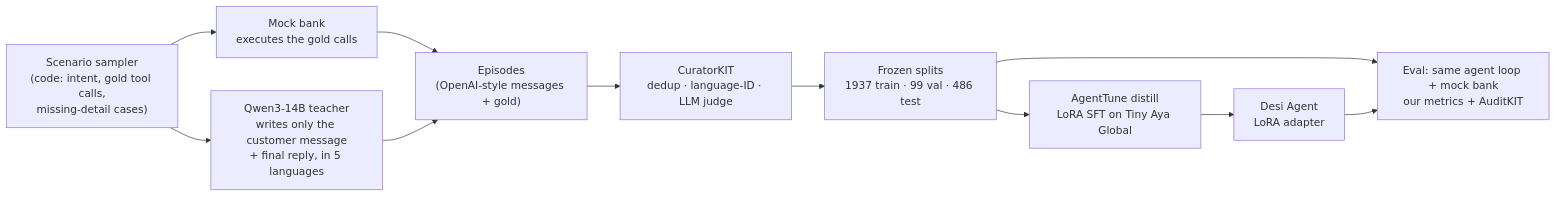
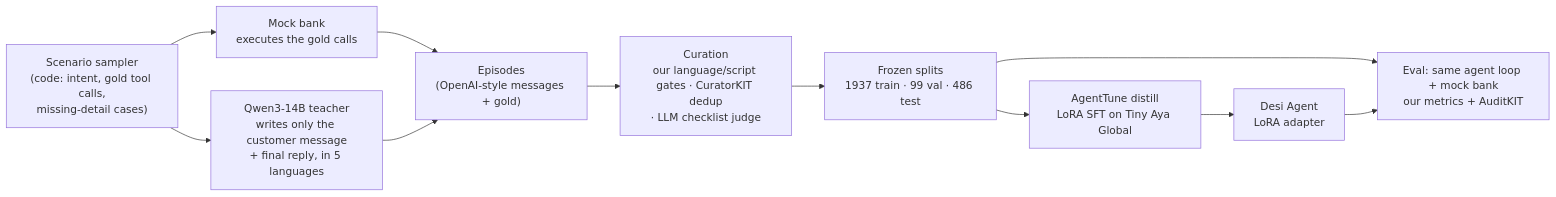
The diagram in README.md (CyberRik/desi-agent), drawn with Mermaid before and after one commit. The commit also changed other lines of this file, not shown here.

Commit message:
[R] README: curation attribution, full split reproduce steps, OOD + perturbed-bank results (#77)

````diff
--- a/README.md
+++ b/README.md
@@ -69,13 +69,13 @@
 ```mermaid
 flowchart LR
     S["Scenario sampler<br/>(code: intent, gold tool calls,<br/>missing-detail cases)"] --> B["Mock bank<br/>executes the gold calls"]
     S --> T["Qwen3-14B teacher<br/>writes only the customer message<br/>+ final reply, in 5 languages"]
     B --> E["Episodes<br/>(OpenAI-style messages + gold)"]
     T --> E
-    E --> C["CuratorKIT<br/>dedup · language-ID · LLM judge"]
+    E --> C["Curation<br/>our language/script gates · CuratorKIT dedup<br/>· LLM checklist judge"]
     C --> SP["Frozen splits<br/>1937 train · 99 val · 486 test"]
     SP --> D["AgentTune distill<br/>LoRA SFT on Tiny Aya Global"]
     D --> M["Desi Agent<br/>LoRA adapter"]
     SP --> EV["Eval: same agent loop + mock bank<br/>our metrics + AuditKIT"]
     M --> EV
 ```
````
